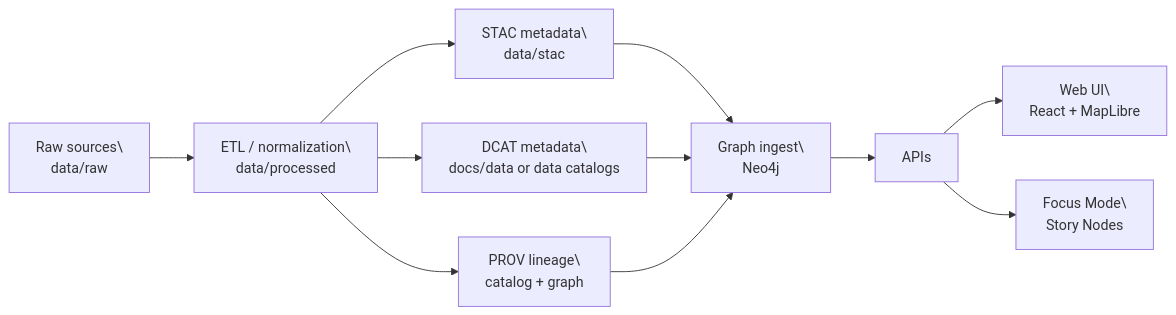
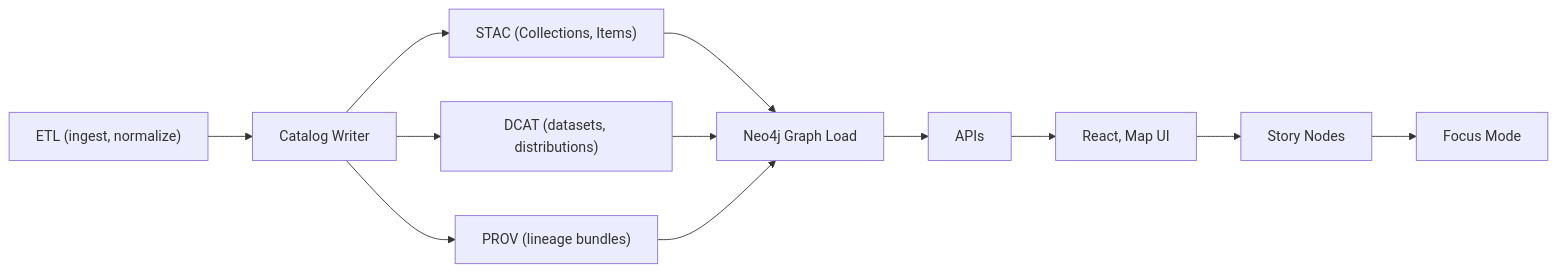
One commit to bartytime4life/Kansas-Frontier-Matrix changed the first of 2 diagrams in docs/patterns/stac/README.md. Above: the diagram before and after it, drawn with Mermaid. The commit also changed other lines of this file, not shown here.

```diff
--- a/docs/patterns/stac/README.md
+++ b/docs/patterns/stac/README.md
@@ -346,13 +181,16 @@
 ~~~mermaid
 flowchart LR
-  A["Raw sources\\ndata/raw"] --> B["ETL / normalization\\ndata/processed"]
-  B --> C["STAC metadata\\ndata/stac"]
-  B --> D["DCAT metadata\\ndocs/data or data catalogs"]
-  B --> E["PROV lineage\\ncatalog + graph"]
-  C --> F["Graph ingest\\nNeo4j"]
-  D --> F
-  E --> F
-  F --> G["APIs"]
-  G --> H["Web UI\\nReact + MapLibre"]
-  G --> I["Focus Mode\\nStory Nodes"]
+  ETL["ETL (ingest, normalize)"] --> CAT["Catalog Writer"]
+  CAT --> STAC["STAC (Collections, Items)"]
+  CAT --> DCAT["DCAT (datasets, distributions)"]
+  CAT --> PROV["PROV (lineage bundles)"]
+
+  STAC --> GRAPH["Neo4j Graph Load"]
+  DCAT --> GRAPH
+  PROV --> GRAPH
+
+  GRAPH --> API["APIs"]
+  API --> UI["React, Map UI"]
+  UI --> STORY["Story Nodes"]
+  STORY --> FOCUS["Focus Mode"]
 ~~~
```
